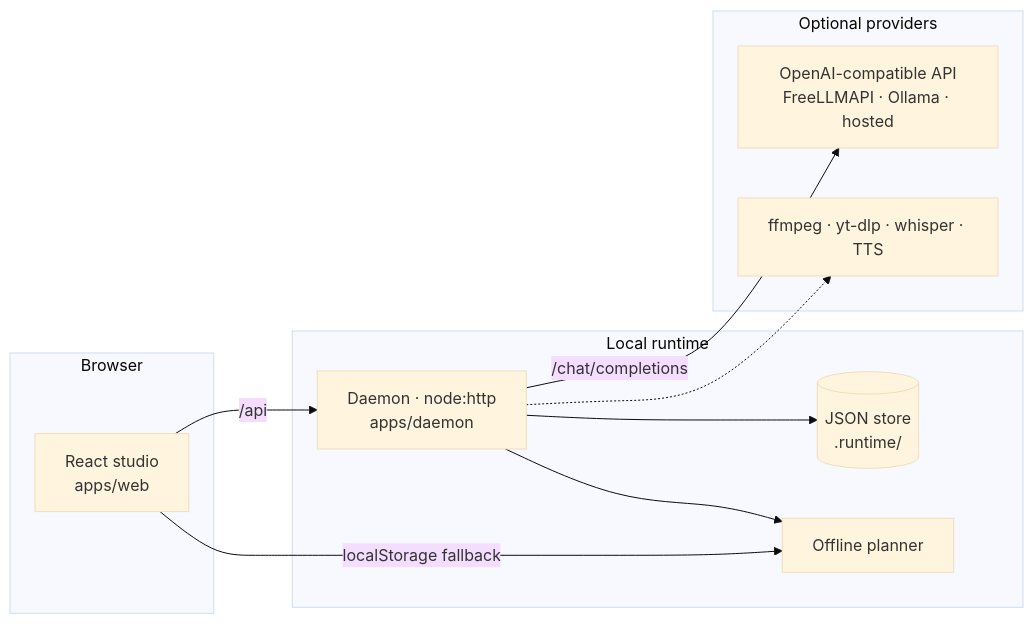
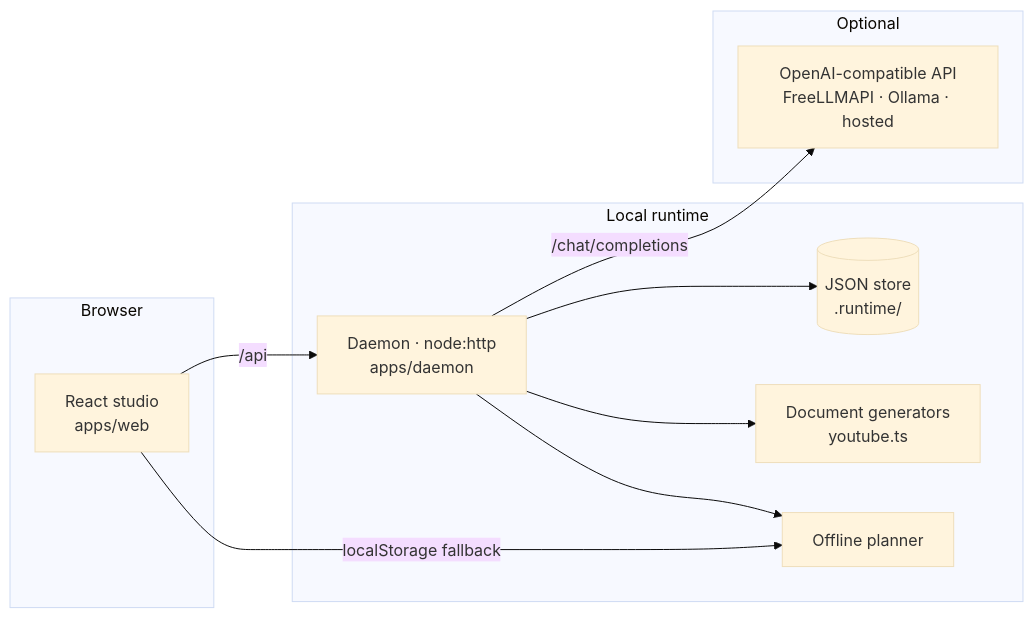
The second of 2 diagrams in README.md (meheditwc/open-creator-ai), drawn with Mermaid (base theme) before and after one commit. The commit also changed other lines of this file and 55 other files, not shown here.

````diff
--- a/README.md
+++ b/README.md
@@ -192,24 +138,24 @@
 ```mermaid
 flowchart LR
   subgraph client["Browser"]
     UI["React studio<br/>apps/web"]
   end
 
   subgraph runtime["Local runtime"]
     API["Daemon · node:http<br/>apps/daemon"]
     STORE[("JSON store<br/>.runtime/")]
+    GEN["Document generators<br/>youtube.ts"]
     PLAN["Offline planner"]
   end
 
-  subgraph providers["Optional providers"]
+  subgraph providers["Optional"]
     LLM["OpenAI-compatible API<br/>FreeLLMAPI · Ollama · hosted"]
-    MEDIA["ffmpeg · yt-dlp · whisper · TTS"]
   end
 
   UI -->|"/api"| API
   UI -->|"localStorage fallback"| PLAN
   API --> STORE
   API --> PLAN
+  API --> GEN
   API -->|"/chat/completions"| LLM
-  API -.-> MEDIA
 ```
````
